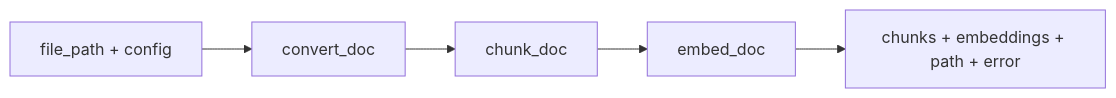
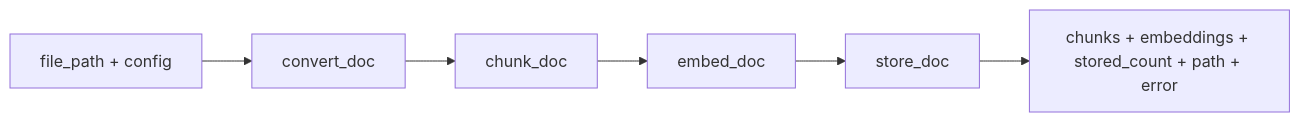
One commit to mcaimi/docling-agent changed the second of 3 diagrams in AGENTS.md. Above: the diagram before and after it, drawn with Mermaid. The commit also changed other lines of this file and 1 other file, not shown here.

````diff
--- a/AGENTS.md
+++ b/AGENTS.md
@@ -128,7 +143,8 @@
 ```mermaid
 flowchart LR
     input["file_path + config"] --> convert_doc
     convert_doc --> chunk_doc
     chunk_doc --> embed_doc
-    embed_doc --> output["chunks + embeddings + path + error"]
+    embed_doc --> store_doc
+    store_doc --> output["chunks + embeddings + stored_count + path + error"]
 ```
````
